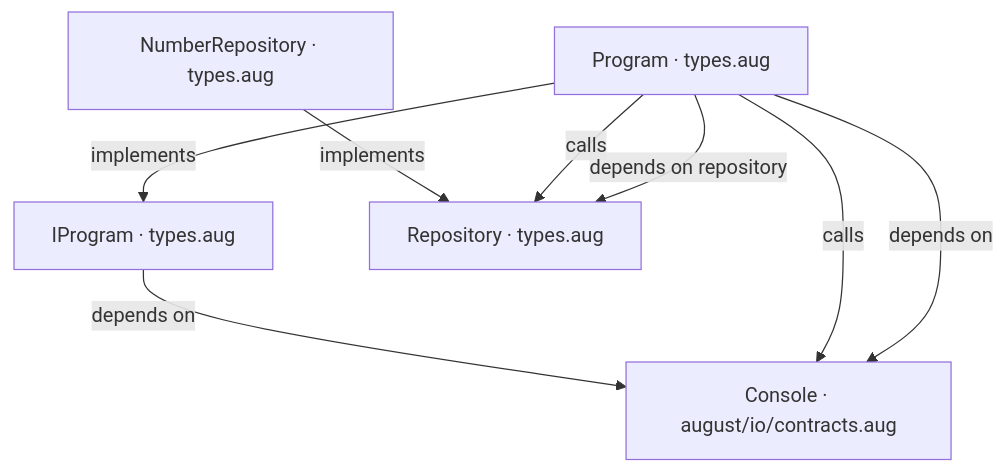
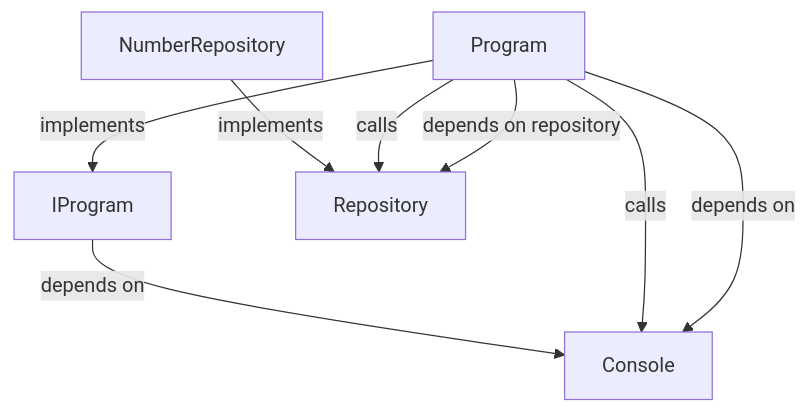
Before and after one commit to GreenPandaStudios/augscript: the first of 3 diagrams in docs/examples/generic-di/types-diagrams.md, drawn with Mermaid. The commit also changed other lines of this file and 524 other files, not shown here.

Commit message:
Explain checked data flow at folder and service levels

````diff
--- a/docs/examples/generic-di/types-diagrams.md
+++ b/docs/examples/generic-di/types-diagrams.md
@@ -19,15 +19,15 @@
 ```mermaid
 flowchart TD
-    n0["Console · august/io/contracts.aug"]
-    n1["IProgram · types.aug"]
-    n2["NumberRepository · types.aug"]
-    n3["Program · types.aug"]
-    n4["Repository · types.aug"]
+    n0["Console"]
+    n1["IProgram"]
+    n2["NumberRepository"]
+    n3["Program"]
+    n4["Repository"]
     n1 -->|"depends on"| n0
     n2 -->|"implements"| n4
     n3 -->|"calls"| n0
     n3 -->|"depends on"| n0
     n3 -->|"implements"| n1
     n3 -->|"calls"| n4
     n3 -->|"depends on repository"| n4
 ```
````
